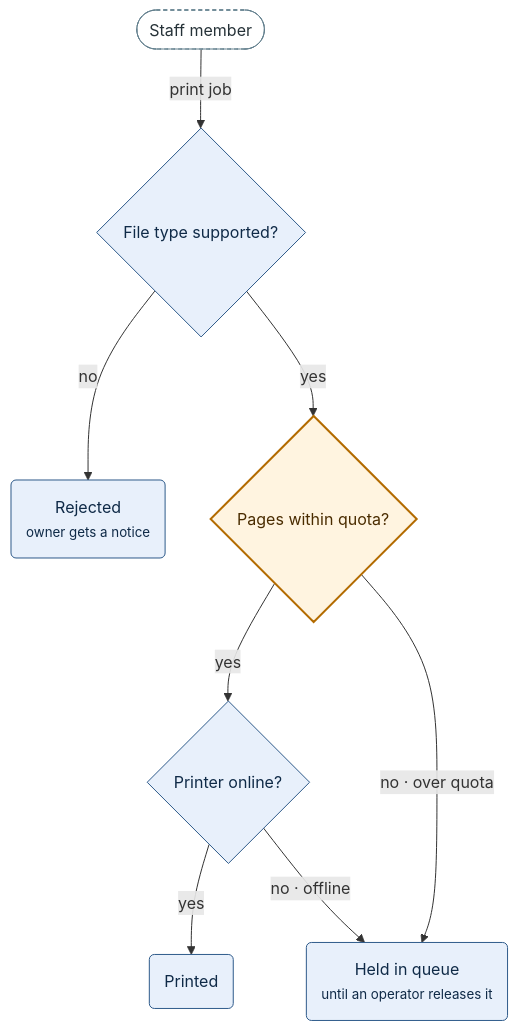
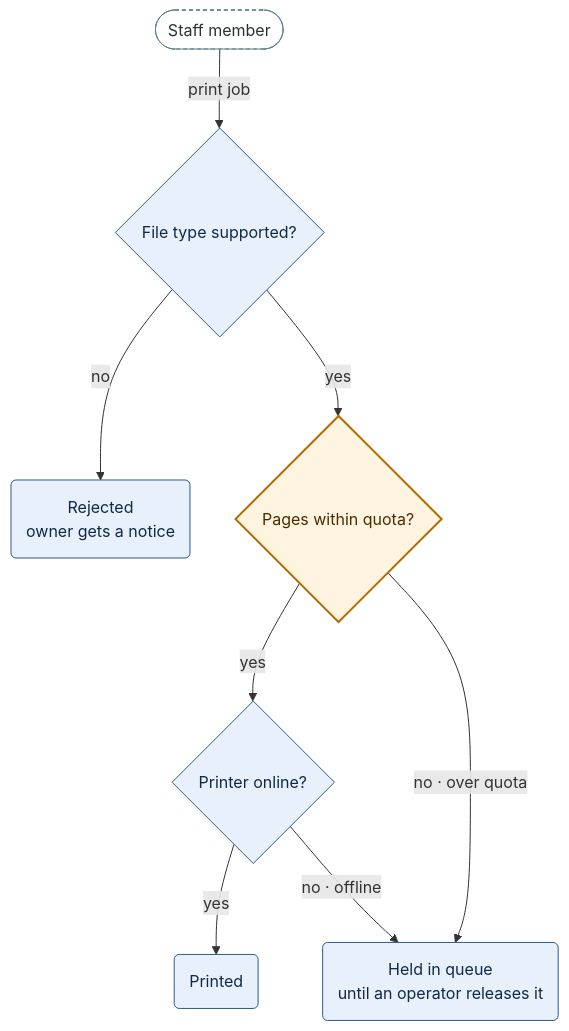
The fourth of 4 diagrams in .agent/skills/mermaid-authoring-guidelines/references/flowchart.md (MatrixFounder/Agentic-development), drawn with Mermaid before and after one commit. The commit also changed other lines of this file and 41 other files, not shown here.

````diff
--- a/.agent/skills/mermaid-authoring-guidelines/references/flowchart.md
+++ b/.agent/skills/mermaid-authoring-guidelines/references/flowchart.md
@@ -331,26 +333,26 @@
 ```mermaid
-%%{init: {"layout": "dagre", "look": "classic", "flowchart": {"nodeSpacing": 45, "rankSpacing": 55, "wrappingWidth": 400}}}%%
+%%{init: {"layout": "dagre", "look": "classic", "flowchart": {"nodeSpacing": 45, "rankSpacing": 55, "wrappingWidth": 400}, "themeCSS": "foreignObject { overflow: visible; }"}}%%
 flowchart TB
   accTitle: Print job admission
   accDescr: The three checks in the order the server runs them, and the three outcomes.
   STAFF(["Staff member"])
   TYPE{"File type supported?"}
   QUOTA{"Pages within quota?"}
   ONLINE{"Printer online?"}
-  REJ("Rejected<br/><small>owner gets a notice</small>")
-  HELD("Held in queue<br/><small>until an operator releases it</small>")
+  REJ("Rejected<br/>owner gets a notice")
+  HELD("Held in queue<br/>until an operator releases it")
   DONE("Printed")
   STAFF -->|"print job"| TYPE
   TYPE -->|"no"| REJ
   TYPE -->|"yes"| QUOTA
   QUOTA -->|"yes"| ONLINE
   QUOTA -->|"no · over quota"| HELD
   ONLINE -->|"yes"| DONE
   ONLINE -->|"no · offline"| HELD
   class STAFF ext
   class TYPE,ONLINE,REJ,HELD,DONE wf
   class QUOTA wfNew
   classDef ext fill:#FFFFFF,stroke:#607D8B,color:#263238,stroke-dasharray:4 3
   classDef wf fill:#E8F0FB,stroke:#2E5A8A,color:#0F2A47
   classDef wfNew fill:#FFF4E0,stroke:#B36B00,color:#4A2C00,stroke-width:2px
 ```
````
